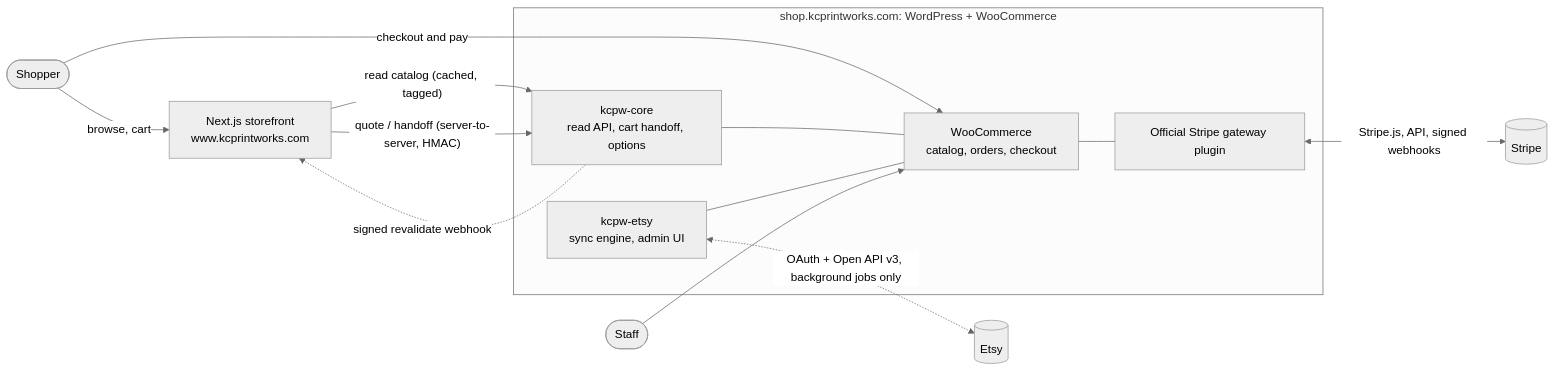
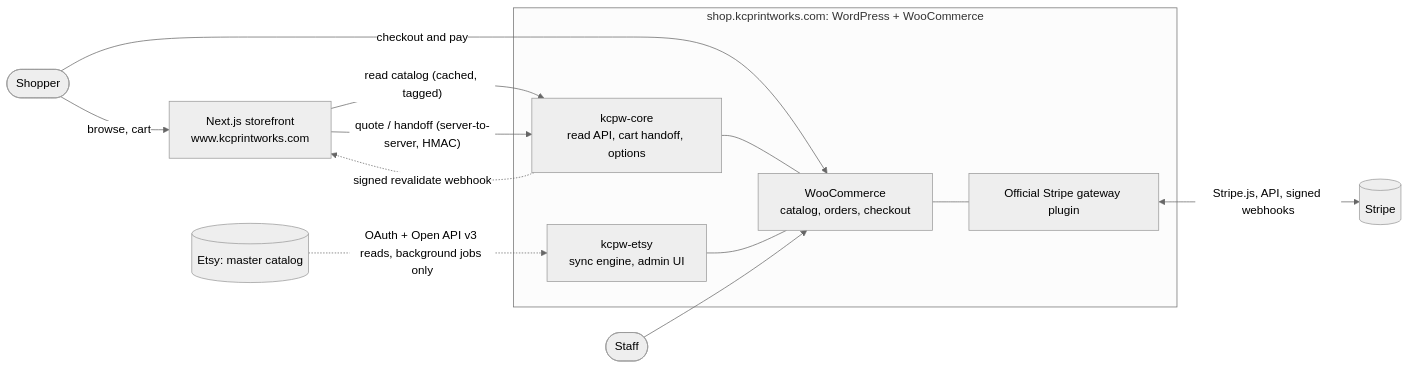
Before and after one commit to cyberbandit1998/KcPrintworks: the first of 2 diagrams in docs/ARCHITECTURE.md, drawn with Mermaid (neutral theme). The commit also changed other lines of this file and 171 other files, not shown here.

First line of the commit message:
Etsy as master catalog: read-only kcpw-etsy plugin, and the storefront reads WooCommerce

````diff
--- a/docs/ARCHITECTURE.md
+++ b/docs/ARCHITECTURE.md
@@ -21,20 +27,20 @@
 ```mermaid
 flowchart LR
   shopper([Shopper]) -->|"browse, cart"| www["Next.js storefront<br/>www.kcprintworks.com"]
   www -->|"read catalog (cached, tagged)"| core
   www -->|"quote / handoff (server-to-server, HMAC)"| core
   shopper -->|"checkout and pay"| woo
   subgraph shop["shop.kcprintworks.com: WordPress + WooCommerce"]
     core["kcpw-core<br/>read API, cart handoff, options"]
     woo["WooCommerce<br/>catalog, orders, checkout"]
     stripePlugin["Official Stripe gateway plugin"]
     etsyPlugin["kcpw-etsy<br/>sync engine, admin UI"]
     core --- woo
     woo --- stripePlugin
     etsyPlugin --- woo
   end
   stripePlugin <-->|"Stripe.js, API, signed webhooks"| stripe[(Stripe)]
-  etsyPlugin <-.->|"OAuth + Open API v3, background jobs only"| etsy[(Etsy)]
+  etsy[("Etsy: master catalog")] -.->|"OAuth + Open API v3 reads, background jobs only"| etsyPlugin
   core -.->|"signed revalidate webhook"| www
   staff([Staff]) --> woo
 ```
````
